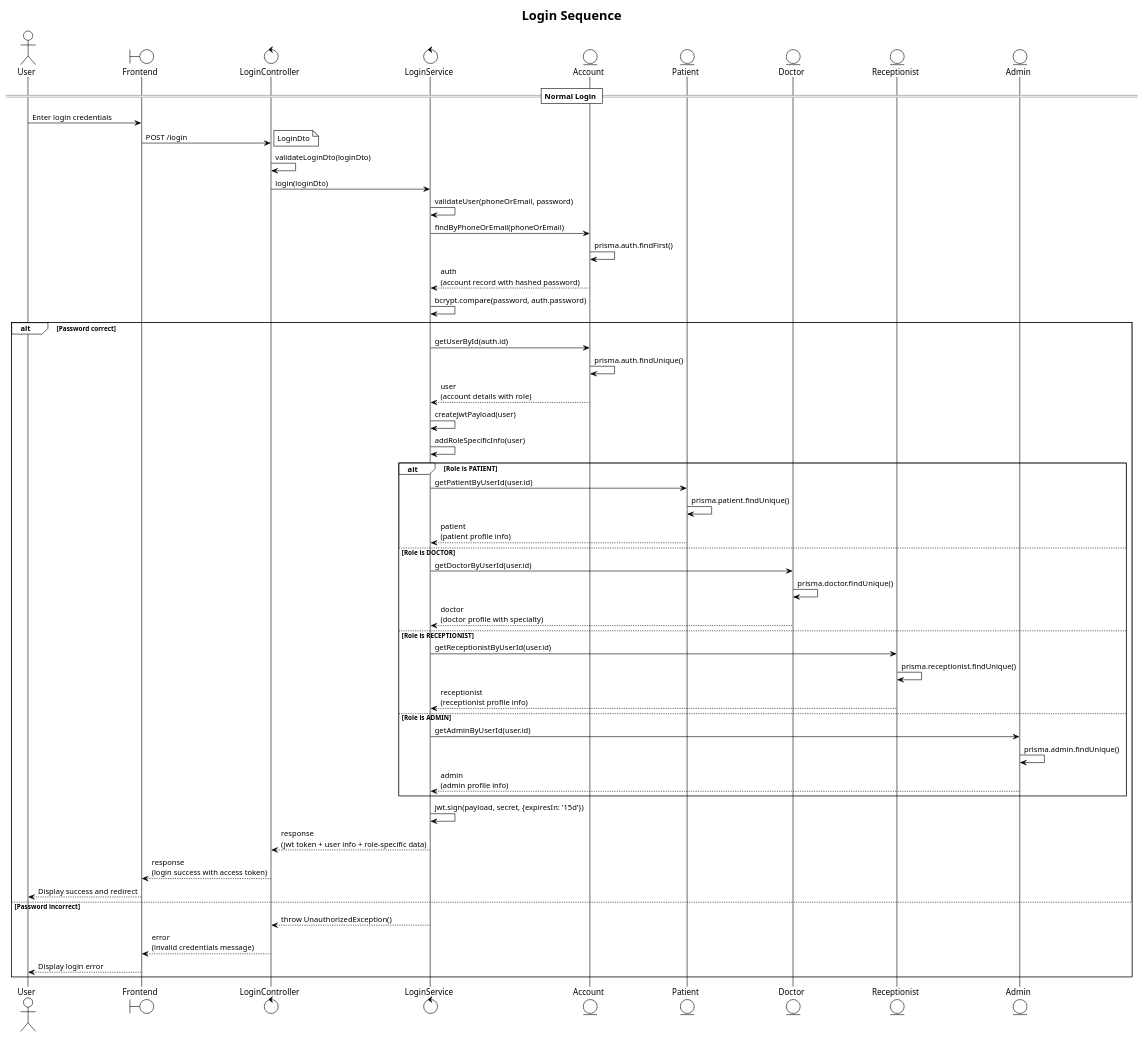
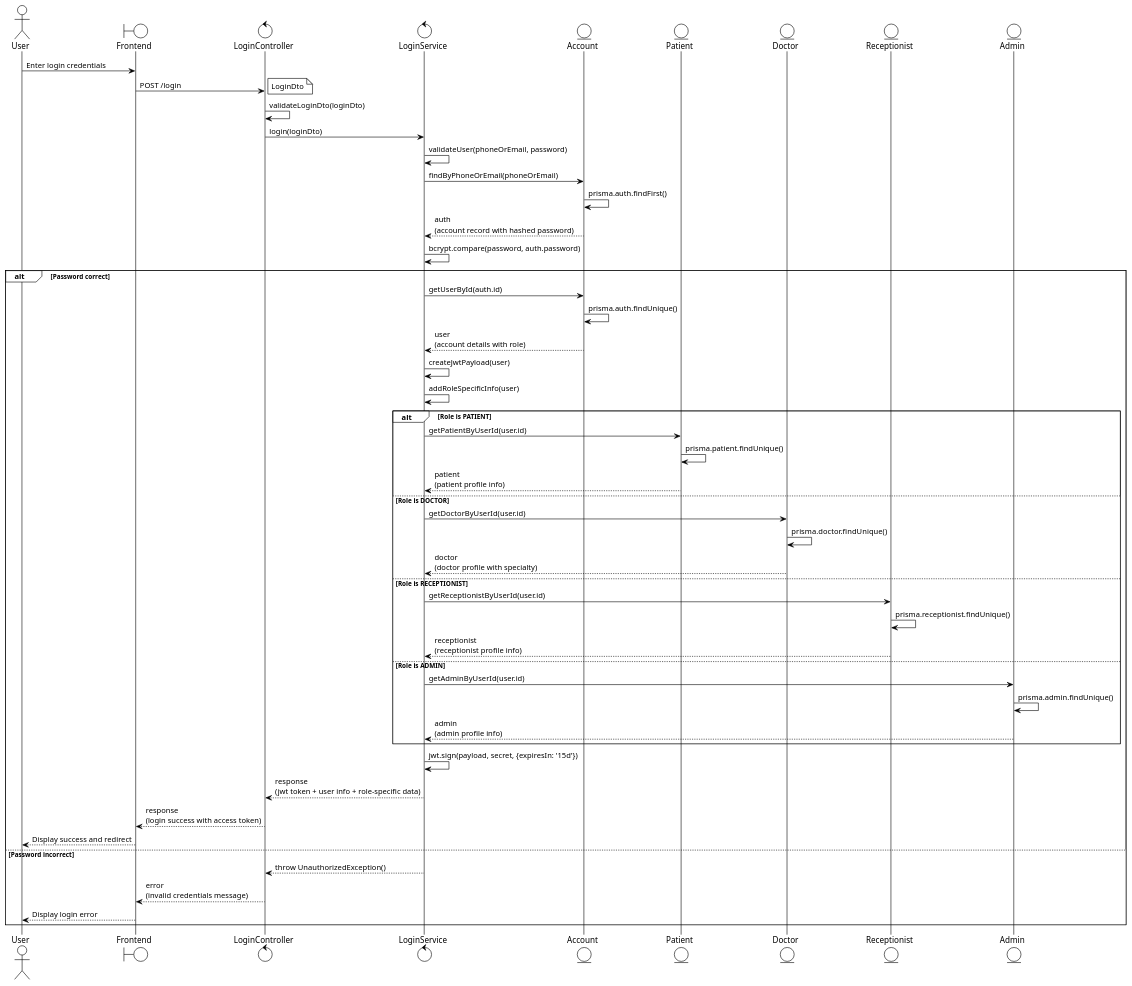
Before and after one commit to iamKhang/revita-be: the diagram in docs/login-sequence.puml, drawn with PlantUML. The commit also changed 17 other files, not shown here.

```diff
--- a/docs/login-sequence.puml
+++ b/docs/login-sequence.puml
@@ -1,68 +1,65 @@
 @startuml Login Sequence Diagram
 !theme plain
-title Login Sequence
 
 actor "User" as U
 boundary "Frontend" as F
 control "LoginController" as C
 control "LoginService" as L
 entity "Account" as A
 entity "Patient" as P
 entity "Doctor" as D
 entity "Receptionist" as R
 entity "Admin" as AD
-
-== Normal Login ==
 
 U -> F: Enter login credentials
 F -> C: POST /login
 note right: LoginDto
 C -> C: validateLoginDto(loginDto)
 C -> L: login(loginDto)
 L -> L: validateUser(phoneOrEmail, password)
 L -> A: findByPhoneOrEmail(phoneOrEmail)
 A -> A: prisma.auth.findFirst()
 A --> L: auth\n(account record with hashed password)
 
 L -> L: bcrypt.compare(password, auth.password)
 alt Password correct
   L -> A: getUserById(auth.id)
   A -> A: prisma.auth.findUnique()
   A --> L: user\n(account details with role)
   
   L -> L: createJwtPayload(user)
   L -> L: addRoleSpecificInfo(user)
   
   alt Role is PATIENT
     L -> P: getPatientByUserId(user.id)
     P -> P: prisma.patient.findUnique()
     P --> L: patient\n(patient profile info)
     
   else Role is DOCTOR
     L -> D: getDoctorByUserId(user.id)
     D -> D: prisma.doctor.findUnique()
     D --> L: doctor\n(doctor profile with specialty)
     
   else Role is RECEPTIONIST
     L -> R: getReceptionistByUserId(user.id)
     R -> R: prisma.receptionist.findUnique()
     R --> L: receptionist\n(receptionist profile info)
     
   else Role is ADMIN
     L -> AD: getAdminByUserId(user.id)
     AD -> AD: prisma.admin.findUnique()
     AD --> L: admin\n(admin profile info)
   end
   
   L -> L: jwt.sign(payload, secret, {expiresIn: '15d'})
   L --> C: response\n(jwt token + user info + role-specific data)
   C --> F: response\n(login success with access token)
   F --> U: Display success and redirect
   
 else Password incorrect
   L --> C: throw UnauthorizedException()
   C --> F: error\n(invalid credentials message)
   F --> U: Display login error
 end
 
 @enduml
```
